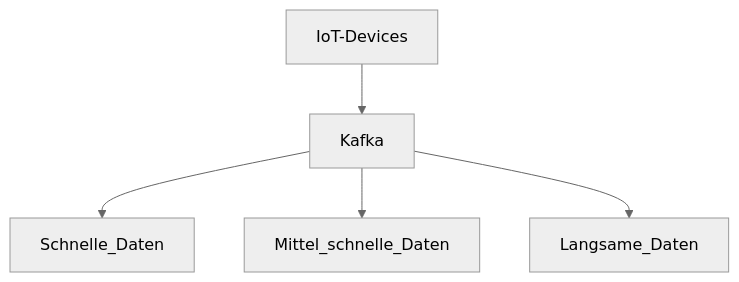
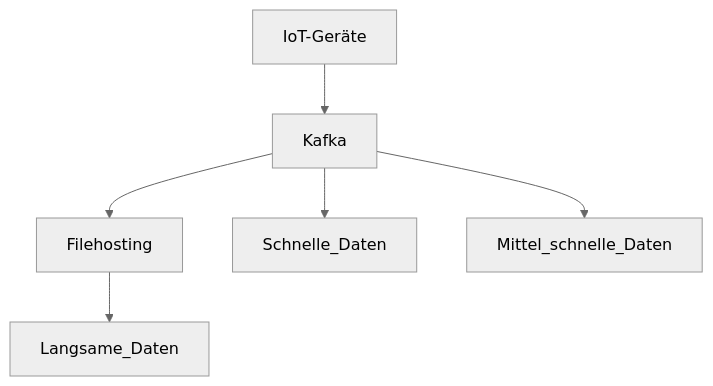
Before and after one commit to striker011/Projects: the second of 2 diagrams in source/website/project_pages/kafka_simulation.md, drawn with Mermaid (neutral theme). The commit also changed other lines of this file and 1 other file, not shown here.

Commit message:
Kafka Aufgaben umgeschichtet

```diff
--- a/source/website/project_pages/kafka_simulation.md
+++ b/source/website/project_pages/kafka_simulation.md
@@ -22,7 +22,8 @@
 :::mermaid
 graph TD;
-    IoT-Devices-->Kafka
+    IoT-Geräte-->Kafka
+    Kafka-->Filehosting
     Kafka-->Schnelle_Daten
     Kafka-->Mittel_schnelle_Daten
-    Kafka-->Langsame_Daten
+    Filehosting-->Langsame_Daten
 :::
```
